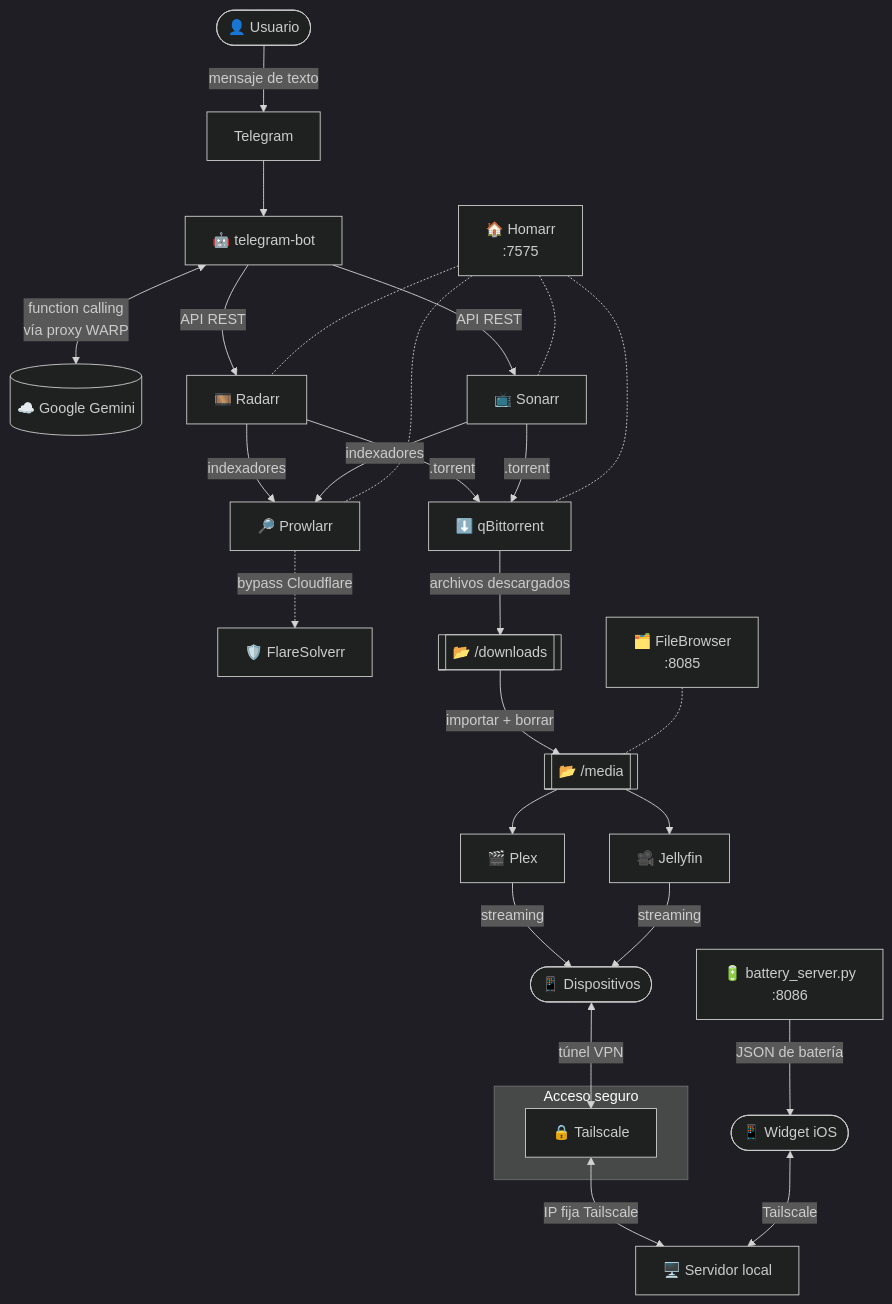
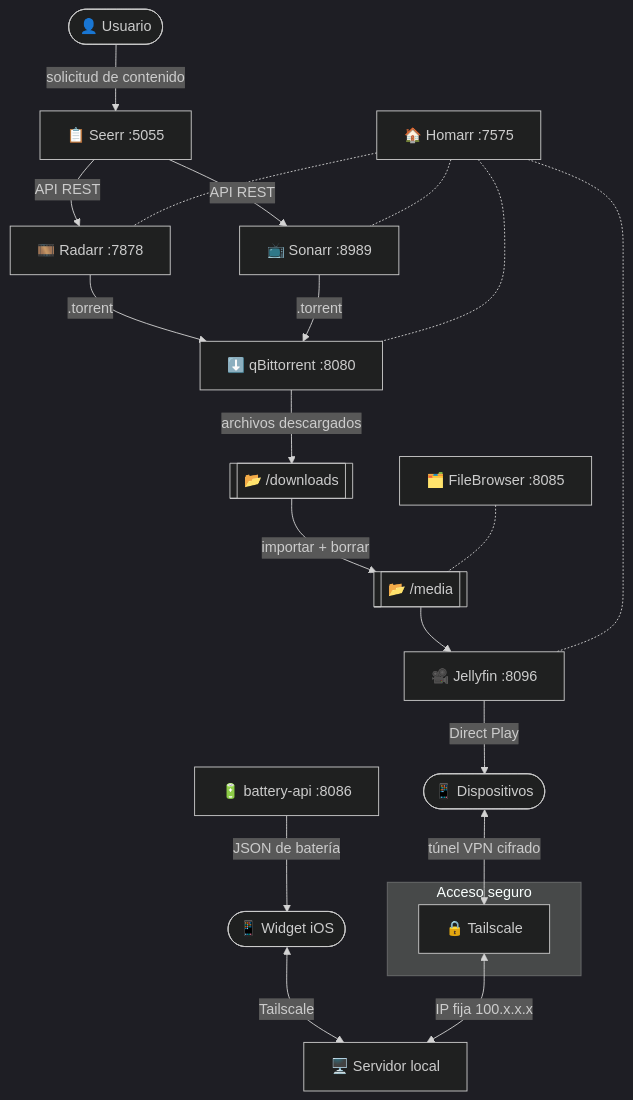
The diagram in README.md (adri4nza/bot-movies-server), drawn with Mermaid (dark theme) before and after one commit. The commit also changed other lines of this file, not shown here.

Commit message:
docs(README): Simplify documentation and remove AI bot references

````diff
--- a/README.md
+++ b/README.md
@@ -48,28 +57,23 @@
 ```mermaid
 flowchart TD
-    U([👤 Usuario]) -->|mensaje de texto| TG[Telegram]
-    TG --> BOT[🤖 telegram-bot]
-    BOT <-->|function calling\nvía proxy WARP| GEM[(☁️ Google Gemini)]
-    BOT -->|API REST| RAD[🎞️ Radarr]
-    BOT -->|API REST| SON[📺 Sonarr]
-    RAD & SON -->|indexadores| PRO[🔎 Prowlarr]
-    PRO -.->|bypass Cloudflare| FLR[🛡️ FlareSolverr]
-    RAD & SON -->|.torrent| QB[⬇️ qBittorrent]
+    U([👤 Usuario]) -->|solicitud de contenido| SEERR[📋 Seerr :5055]
+    SEERR -->|API REST| RAD[🎞️ Radarr :7878]
+    SEERR -->|API REST| SON[📺 Sonarr :8989]
+    RAD & SON -->|.torrent| QB[⬇️ qBittorrent :8080]
     QB -->|archivos descargados| DL[[📂 /downloads]]
     DL -->|importar + borrar| MEDIA[[📂 /media]]
-    MEDIA --> PLEX[🎬 Plex]
-    MEDIA --> JELLY[🎥 Jellyfin]
-    PLEX & JELLY -->|streaming| DEV([📱 Dispositivos])
+    MEDIA --> JELLY[🎥 Jellyfin :8096]
+    JELLY -->|Direct Play| DEV([📱 Dispositivos])
+
+    BAT[🔋 battery-api :8086] -->|JSON de batería| IOS([📱 Widget iOS])
+    IOS <-->|Tailscale| SERVER[🖥️ Servidor local]
+
+    DASH[🏠 Homarr :7575] -.- RAD & SON & QB & JELLY
+    FB[🗂️ FileBrowser :8085] -.- MEDIA
 
     subgraph Acceso seguro
         TS[🔒 Tailscale]
     end
-    DEV <-->|túnel VPN| TS
-    TS <-->|IP fija Tailscale| SERVER[🖥️ Servidor local]
-
-    BAT[🔋 battery_server.py\n:8086] -->|JSON de batería| IOS([📱 Widget iOS])
-    IOS <-->|Tailscale| SERVER
-
-    DASH[🏠 Homarr\n:7575] -.- RAD & SON & QB & PRO
-    FB[🗂️ FileBrowser\n:8085] -.- MEDIA
+    DEV <-->|túnel VPN cifrado| TS
+    TS <-->|IP fija 100.x.x.x| SERVER
 ```
````
